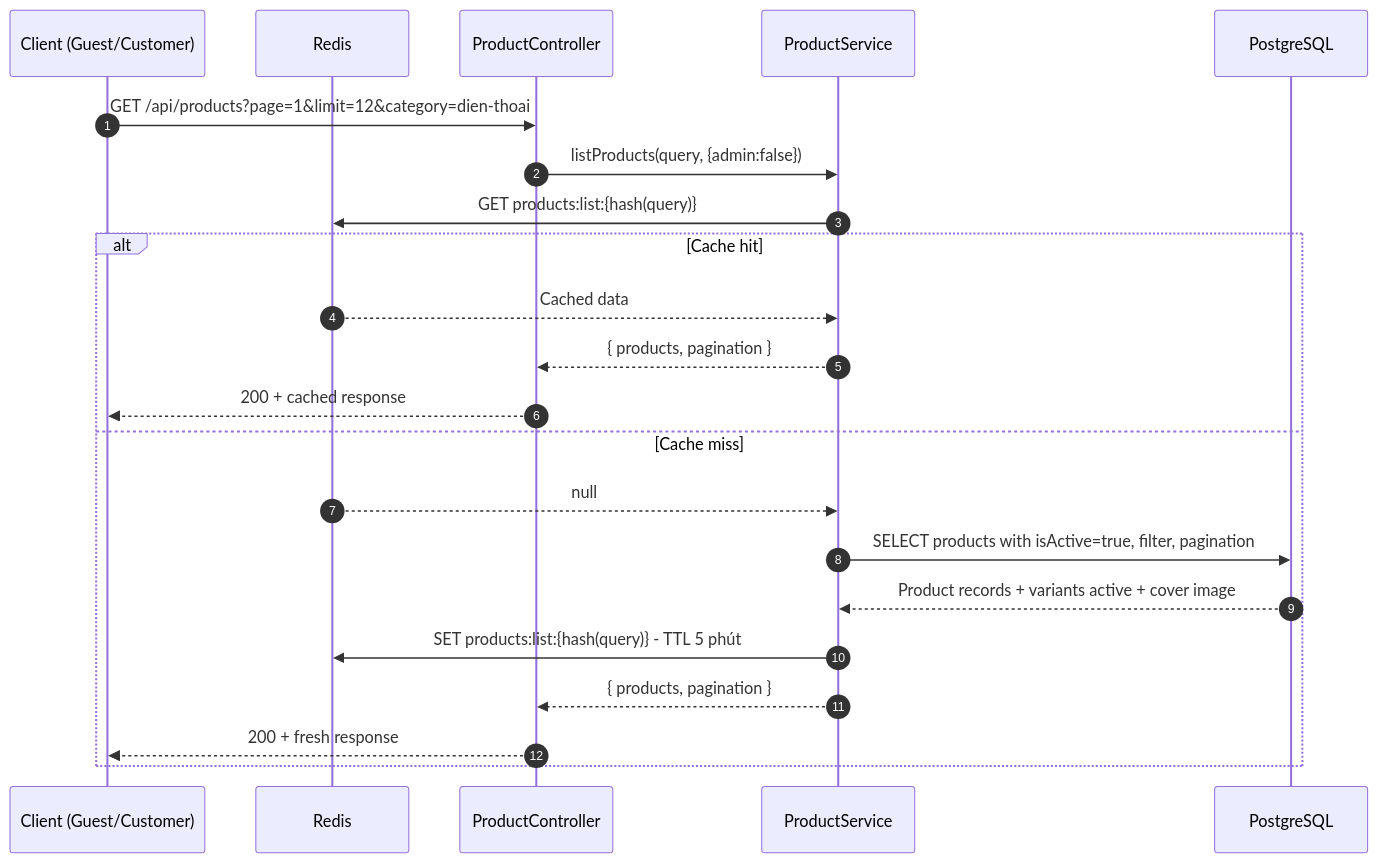
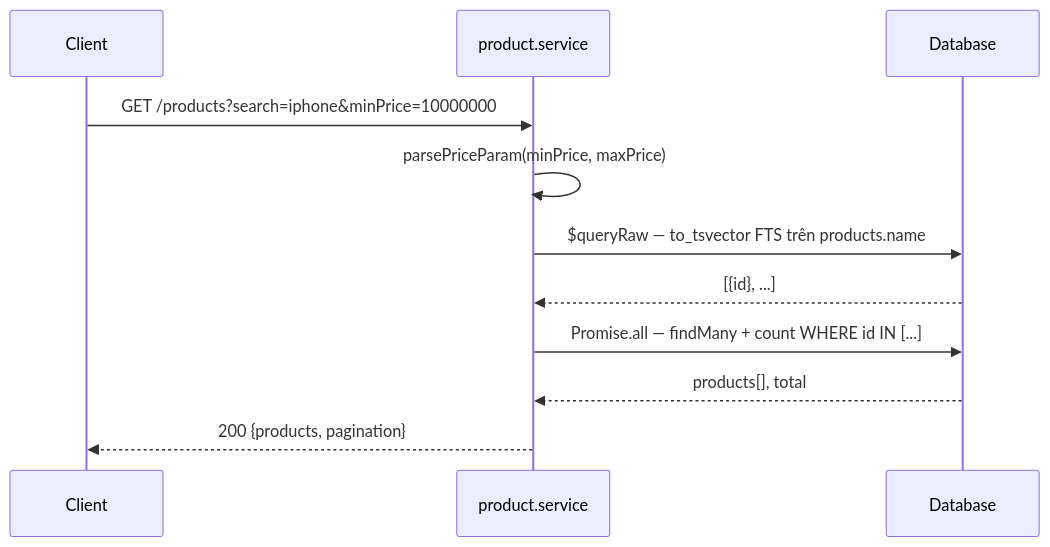
One commit to phamvinh203/mobivexa changed the first of 7 diagrams in docs/Product/SequenceDiagram.md. Above: the diagram before and after it, drawn with Mermaid. The commit also changed other lines of this file and 79 other files, not shown here.

Commit message:
📜 Add documentation for Inventory and Favorite modules including Use Cases, API Specifications, and Activity Diagrams

````diff
--- a/docs/Product/SequenceDiagram.md
+++ b/docs/Product/SequenceDiagram.md
@@ -13,25 +11,14 @@
 ```mermaid
 sequenceDiagram
-    autonumber
-    participant C as Client (Guest/Customer)
-    participant R as Redis
-    participant API as ProductController
-    participant S as ProductService
-    participant DB as PostgreSQL
+    participant C as Client
+    participant S as product.service
+    participant DB as Database
 
-    C->>API: GET /api/products?page=1&limit=12&category=dien-thoai
-    API->>S: listProducts(query, {admin:false})
-    S->>R: GET products:list:{hash(query)}
-    alt Cache hit
-        R-->>S: Cached data
-        S-->>API: { products, pagination }
-        API-->>C: 200 + cached response
-    else Cache miss
-        R-->>S: null
-        S->>DB: SELECT products with isActive=true, filter, pagination
-        DB-->>S: Product records + variants active + cover image
-        S->>R: SET products:list:{hash(query)} - TTL 5 phút
-        S-->>API: { products, pagination }
-        API-->>C: 200 + fresh response
-    end
+    C->>S: GET /products?search=iphone&minPrice=10000000
+    S->>S: parsePriceParam(minPrice, maxPrice)
+    S->>DB: $queryRaw — to_tsvector FTS trên products.name
+    DB-->>S: [{id}, ...]
+    S->>DB: Promise.all — findMany + count WHERE id IN [...]
+    DB-->>S: products[], total
+    S-->>C: 200 {products, pagination}
 ```
````
